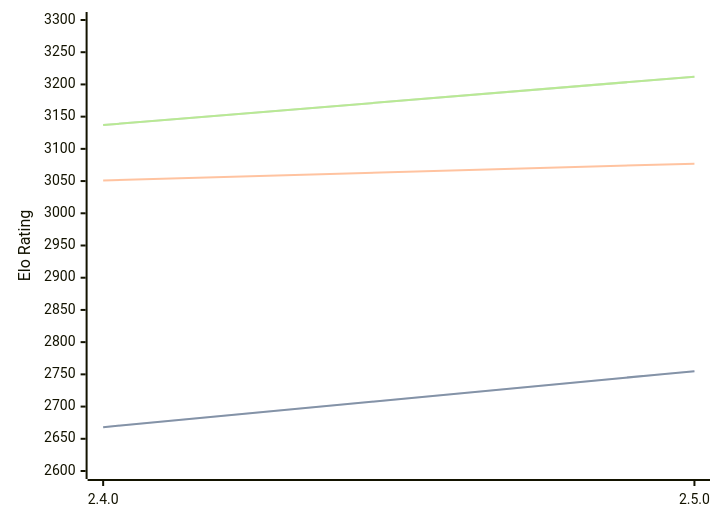
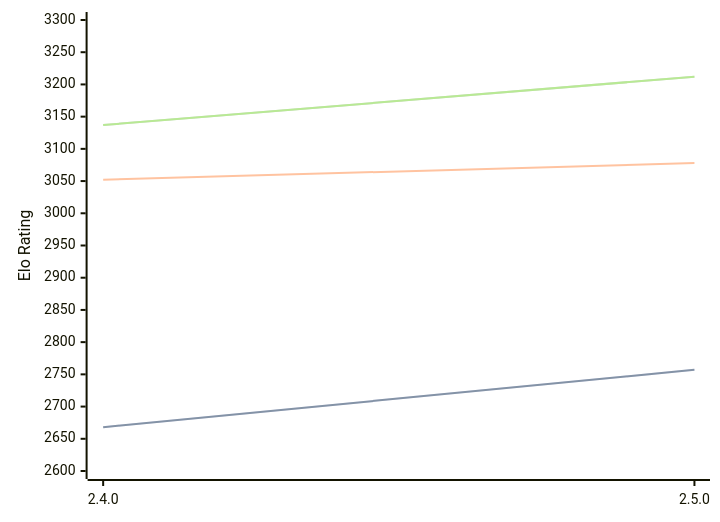
The diagram in engines/Sturddle2.md (computer-chess-index/cci), drawn with Mermaid before and after one commit. The commit also changed other lines of this file, not shown here.

````diff
--- a/engines/Sturddle2.md
+++ b/engines/Sturddle2.md
@@ -37,11 +37,11 @@
 ```mermaid
 %%{init: {"theme":"base","themeVariables":{"seriesColors:['#a3a3a3','#222221','#faa371']}}}%%
 xychart-beta
   x-axis ["2.4.0", "2.5.0"]
   y-axis "Elo Rating" 2600 --> 3300
-  line "STC (8.0+0.08s)" [2668, 2755]
-  line "STC (8.0+0.08s)" [2668, 2755]
-  line "LTC (60.0+0.60s)" [3051, 3077]
+  line "STC (8.0+0.08s)" [2668, 2757]
+  line "STC (8.0+0.08s)" [2668, 2757]
+  line "LTC (60.0+0.60s)" [3052, 3078]
   line "VLTC (2m24s+1.12s)" [3137, 3212]
   line "VLTC (2m24s+1.12s)" [3137, 3212]
 ```
````
